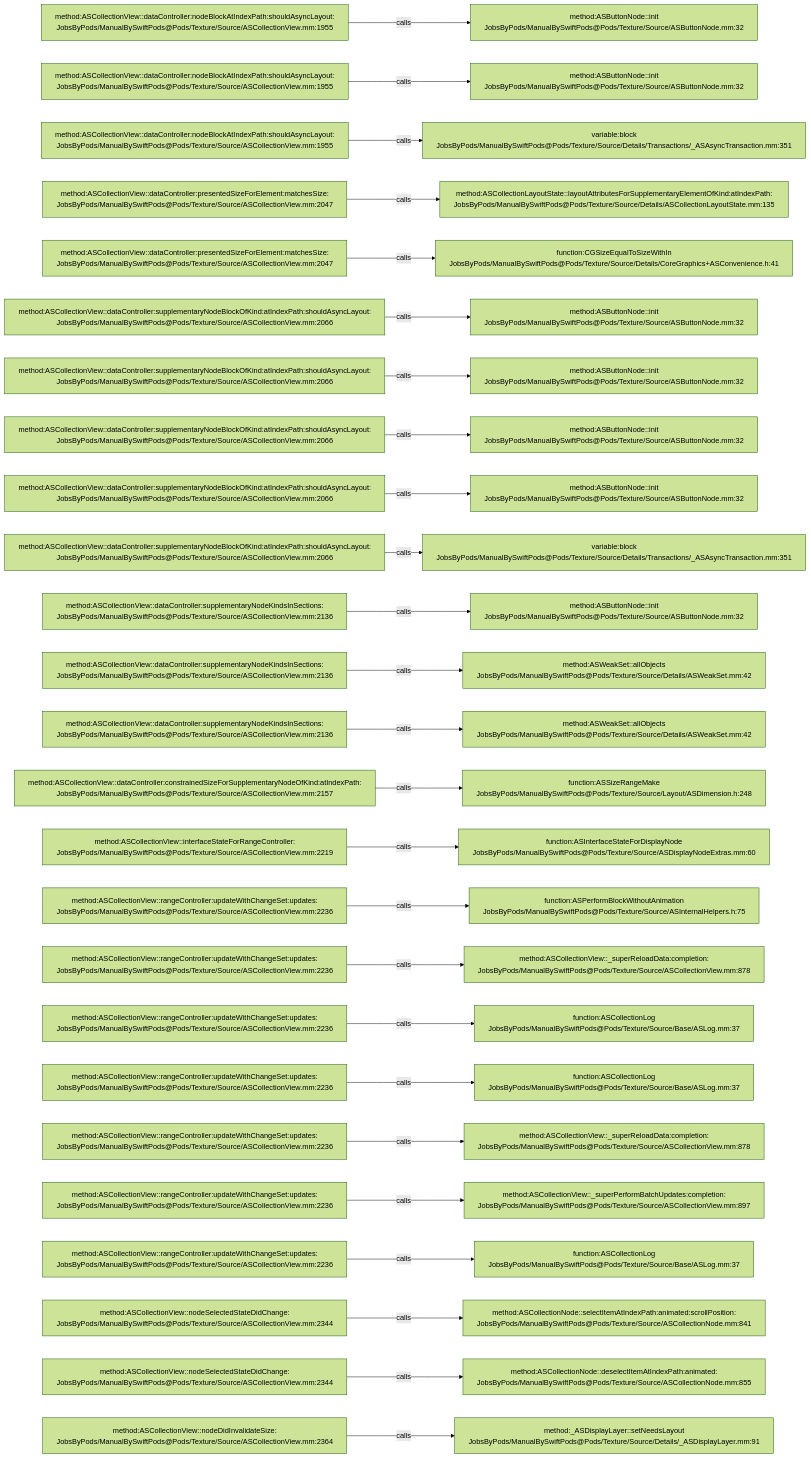
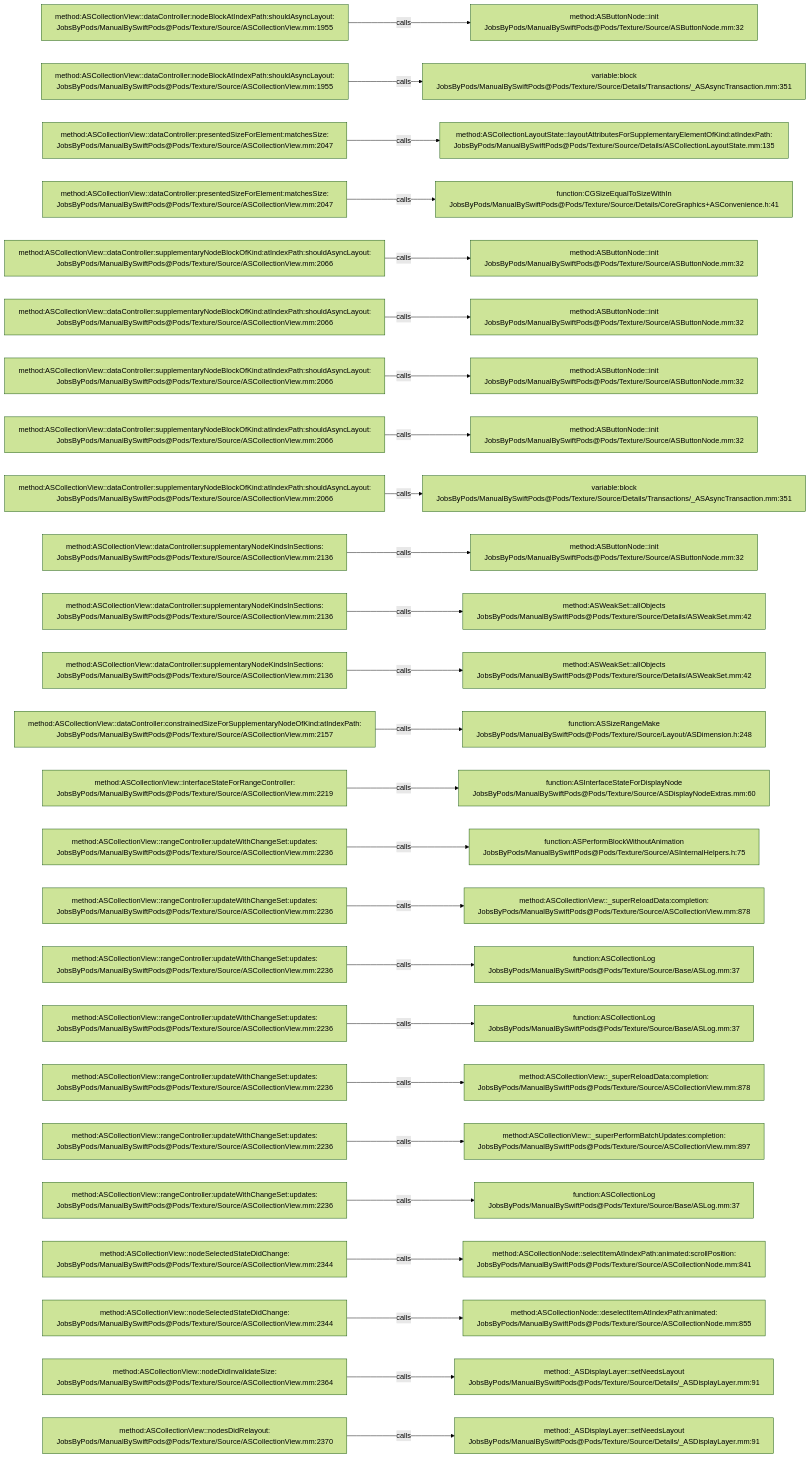
Before and after one commit to JobsKits/JobsSwiftBaseConfigDemo: the diagram in .codegraph/codegraph.md/graphs/calls-014.md, drawn with Mermaid (forest theme). The commit also changed 747 other files, not shown here.

````diff
--- a/.codegraph/codegraph.md/graphs/calls-014.md
+++ b/.codegraph/codegraph.md/graphs/calls-014.md
@@ -13,78 +13,78 @@
 ```mermaid
 flowchart LR
   S1["method:ASCollectionView::dataController:nodeBlockAtIndexPath:shouldAsyncLayout:<br/>JobsByPods/ManualBySwiftPods@Pods/Texture/Source/ASCollectionView.mm:1955"]
   T1["method:ASButtonNode::init<br/>JobsByPods/ManualBySwiftPods@Pods/Texture/Source/ASButtonNode.mm:32"]
   S1 -->|calls| T1
   S2["method:ASCollectionView::dataController:nodeBlockAtIndexPath:shouldAsyncLayout:<br/>JobsByPods/ManualBySwiftPods@Pods/Texture/Source/ASCollectionView.mm:1955"]
-  T2["method:ASButtonNode::init<br/>JobsByPods/ManualBySwiftPods@Pods/Texture/Source/ASButtonNode.mm:32"]
+  T2["variable:block<br/>JobsByPods/ManualBySwiftPods@Pods/Texture/Source/Details/Transactions/_ASAsyncTransaction.mm:351"]
   S2 -->|calls| T2
-  S3["method:ASCollectionView::dataController:nodeBlockAtIndexPath:shouldAsyncLayout:<br/>JobsByPods/ManualBySwiftPods@Pods/Texture/Source/ASCollectionView.mm:1955"]
-  T3["variable:block<br/>JobsByPods/ManualBySwiftPods@Pods/Texture/Source/Details/Transactions/_ASAsyncTransaction.mm:351"]
+  S3["method:ASCollectionView::dataController:presentedSizeForElement:matchesSize:<br/>JobsByPods/ManualBySwiftPods@Pods/Texture/Source/ASCollectionView.mm:2047"]
+  T3["method:ASCollectionLayoutState::layoutAttributesForSupplementaryElementOfKind:atIndexPath:<br/>JobsByPods/ManualBySwiftPods@Pods/Texture/Source/Details/ASCollectionLayoutState.mm:135"]
   S3 -->|calls| T3
   S4["method:ASCollectionView::dataController:presentedSizeForElement:matchesSize:<br/>JobsByPods/ManualBySwiftPods@Pods/Texture/Source/ASCollectionView.mm:2047"]
-  T4["method:ASCollectionLayoutState::layoutAttributesForSupplementaryElementOfKind:atIndexPath:<br/>JobsByPods/ManualBySwiftPods@Pods/Texture/Source/Details/ASCollectionLayoutState.mm:135"]
+  T4["function:CGSizeEqualToSizeWithIn<br/>JobsByPods/ManualBySwiftPods@Pods/Texture/Source/Details/CoreGraphics+ASConvenience.h:41"]
   S4 -->|calls| T4
-  S5["method:ASCollectionView::dataController:presentedSizeForElement:matchesSize:<br/>JobsByPods/ManualBySwiftPods@Pods/Texture/Source/ASCollectionView.mm:2047"]
-  T5["function:CGSizeEqualToSizeWithIn<br/>JobsByPods/ManualBySwiftPods@Pods/Texture/Source/Details/CoreGraphics+ASConvenience.h:41"]
+  S5["method:ASCollectionView::dataController:supplementaryNodeBlockOfKind:atIndexPath:shouldAsyncLayout:<br/>JobsByPods/ManualBySwiftPods@Pods/Texture/Source/ASCollectionView.mm:2066"]
+  T5["method:ASButtonNode::init<br/>JobsByPods/ManualBySwiftPods@Pods/Texture/Source/ASButtonNode.mm:32"]
   S5 -->|calls| T5
   S6["method:ASCollectionView::dataController:supplementaryNodeBlockOfKind:atIndexPath:shouldAsyncLayout:<br/>JobsByPods/ManualBySwiftPods@Pods/Texture/Source/ASCollectionView.mm:2066"]
   T6["method:ASButtonNode::init<br/>JobsByPods/ManualBySwiftPods@Pods/Texture/Source/ASButtonNode.mm:32"]
   S6 -->|calls| T6
   S7["method:ASCollectionView::dataController:supplementaryNodeBlockOfKind:atIndexPath:shouldAsyncLayout:<br/>JobsByPods/ManualBySwiftPods@Pods/Texture/Source/ASCollectionView.mm:2066"]
   T7["method:ASButtonNode::init<br/>JobsByPods/ManualBySwiftPods@Pods/Texture/Source/ASButtonNode.mm:32"]
   S7 -->|calls| T7
   S8["method:ASCollectionView::dataController:supplementaryNodeBlockOfKind:atIndexPath:shouldAsyncLayout:<br/>JobsByPods/ManualBySwiftPods@Pods/Texture/Source/ASCollectionView.mm:2066"]
   T8["method:ASButtonNode::init<br/>JobsByPods/ManualBySwiftPods@Pods/Texture/Source/ASButtonNode.mm:32"]
   S8 -->|calls| T8
   S9["method:ASCollectionView::dataController:supplementaryNodeBlockOfKind:atIndexPath:shouldAsyncLayout:<br/>JobsByPods/ManualBySwiftPods@Pods/Texture/Source/ASCollectionView.mm:2066"]
-  T9["method:ASButtonNode::init<br/>JobsByPods/ManualBySwiftPods@Pods/Texture/Source/ASButtonNode.mm:32"]
+  T9["variable:block<br/>JobsByPods/ManualBySwiftPods@Pods/Texture/Source/Details/Transactions/_ASAsyncTransaction.mm:351"]
   S9 -->|calls| T9
-  S10["method:ASCollectionView::dataController:supplementaryNodeBlockOfKind:atIndexPath:shouldAsyncLayout:<br/>JobsByPods/ManualBySwiftPods@Pods/Texture/Source/ASCollectionView.mm:2066"]
-  T10["variable:block<br/>JobsByPods/ManualBySwiftPods@Pods/Texture/Source/Details/Transactions/_ASAsyncTransaction.mm:351"]
+  S10["method:ASCollectionView::dataController:supplementaryNodeKindsInSections:<br/>JobsByPods/ManualBySwiftPods@Pods/Texture/Source/ASCollectionView.mm:2136"]
+  T10["method:ASButtonNode::init<br/>JobsByPods/ManualBySwiftPods@Pods/Texture/Source/ASButtonNode.mm:32"]
   S10 -->|calls| T10
   S11["method:ASCollectionView::dataController:supplementaryNodeKindsInSections:<br/>JobsByPods/ManualBySwiftPods@Pods/Texture/Source/ASCollectionView.mm:2136"]
-  T11["method:ASButtonNode::init<br/>JobsByPods/ManualBySwiftPods@Pods/Texture/Source/ASButtonNode.mm:32"]
+  T11["method:ASWeakSet::allObjects<br/>JobsByPods/ManualBySwiftPods@Pods/Texture/Source/Details/ASWeakSet.mm:42"]
   S11 -->|calls| T11
   S12["method:ASCollectionView::dataController:supplementaryNodeKindsInSections:<br/>JobsByPods/ManualBySwiftPods@Pods/Texture/Source/ASCollectionView.mm:2136"]
   T12["method:ASWeakSet::allObjects<br/>JobsByPods/ManualBySwiftPods@Pods/Texture/Source/Details/ASWeakSet.mm:42"]
   S12 -->|calls| T12
-  S13["method:ASCollectionView::dataController:supplementaryNodeKindsInSections:<br/>JobsByPods/ManualBySwiftPods@Pods/Texture/Source/ASCollectionView.mm:2136"]
-  T13["method:ASWeakSet::allObjects<br/>JobsByPods/ManualBySwiftPods@Pods/Texture/Source/Details/ASWeakSet.mm:42"]
+  S13["method:ASCollectionView::dataController:constrainedSizeForSupplementaryNodeOfKind:atIndexPath:<br/>JobsByPods/ManualBySwiftPods@Pods/Texture/Source/ASCollectionView.mm:2157"]
+  T13["function:ASSizeRangeMake<br/>JobsByPods/ManualBySwiftPods@Pods/Texture/Source/Layout/ASDimension.h:248"]
   S13 -->|calls| T13
-  S14["method:ASCollectionView::dataController:constrainedSizeForSupplementaryNodeOfKind:atIndexPath:<br/>JobsByPods/ManualBySwiftPods@Pods/Texture/Source/ASCollectionView.mm:2157"]
-  T14["function:ASSizeRangeMake<br/>JobsByPods/ManualBySwiftPods@Pods/Texture/Source/Layout/ASDimension.h:248"]
+  S14["method:ASCollectionView::interfaceStateForRangeController:<br/>JobsByPods/ManualBySwiftPods@Pods/Texture/Source/ASCollectionView.mm:2219"]
+  T14["function:ASInterfaceStateForDisplayNode<br/>JobsByPods/ManualBySwiftPods@Pods/Texture/Source/ASDisplayNodeExtras.mm:60"]
   S14 -->|calls| T14
-  S15["method:ASCollectionView::interfaceStateForRangeController:<br/>JobsByPods/ManualBySwiftPods@Pods/Texture/Source/ASCollectionView.mm:2219"]
-  T15["function:ASInterfaceStateForDisplayNode<br/>JobsByPods/ManualBySwiftPods@Pods/Texture/Source/ASDisplayNodeExtras.mm:60"]
+  S15["method:ASCollectionView::rangeController:updateWithChangeSet:updates:<br/>JobsByPods/ManualBySwiftPods@Pods/Texture/Source/ASCollectionView.mm:2236"]
+  T15["function:ASPerformBlockWithoutAnimation<br/>JobsByPods/ManualBySwiftPods@Pods/Texture/Source/ASInternalHelpers.h:75"]
   S15 -->|calls| T15
   S16["method:ASCollectionView::rangeController:updateWithChangeSet:updates:<br/>JobsByPods/ManualBySwiftPods@Pods/Texture/Source/ASCollectionView.mm:2236"]
-  T16["function:ASPerformBlockWithoutAnimation<br/>JobsByPods/ManualBySwiftPods@Pods/Texture/Source/ASInternalHelpers.h:75"]
+  T16["method:ASCollectionView::_superReloadData:completion:<br/>JobsByPods/ManualBySwiftPods@Pods/Texture/Source/ASCollectionView.mm:878"]
   S16 -->|calls| T16
   S17["method:ASCollectionView::rangeController:updateWithChangeSet:updates:<br/>JobsByPods/ManualBySwiftPods@Pods/Texture/Source/ASCollectionView.mm:2236"]
-  T17["method:ASCollectionView::_superReloadData:completion:<br/>JobsByPods/ManualBySwiftPods@Pods/Texture/Source/ASCollectionView.mm:878"]
+  T17["function:ASCollectionLog<br/>JobsByPods/ManualBySwiftPods@Pods/Texture/Source/Base/ASLog.mm:37"]
   S17 -->|calls| T17
   S18["method:ASCollectionView::rangeController:updateWithChangeSet:updates:<br/>JobsByPods/ManualBySwiftPods@Pods/Texture/Source/ASCollectionView.mm:2236"]
   T18["function:ASCollectionLog<br/>JobsByPods/ManualBySwiftPods@Pods/Texture/Source/Base/ASLog.mm:37"]
   S18 -->|calls| T18
   S19["method:ASCollectionView::rangeController:updateWithChangeSet:updates:<br/>JobsByPods/ManualBySwiftPods@Pods/Texture/Source/ASCollectionView.mm:2236"]
-  T19["function:ASCollectionLog<br/>JobsByPods/ManualBySwiftPods@Pods/Texture/Source/Base/ASLog.mm:37"]
+  T19["method:ASCollectionView::_superReloadData:completion:<br/>JobsByPods/ManualBySwiftPods@Pods/Texture/Source/ASCollectionView.mm:878"]
   S19 -->|calls| T19
   S20["method:ASCollectionView::rangeController:updateWithChangeSet:updates:<br/>JobsByPods/ManualBySwiftPods@Pods/Texture/Source/ASCollectionView.mm:2236"]
-  T20["method:ASCollectionView::_superReloadData:completion:<br/>JobsByPods/ManualBySwiftPods@Pods/Texture/Source/ASCollectionView.mm:878"]
+  T20["method:ASCollectionView::_superPerformBatchUpdates:completion:<br/>JobsByPods/ManualBySwiftPods@Pods/Texture/Source/ASCollectionView.mm:897"]
   S20 -->|calls| T20
   S21["method:ASCollectionView::rangeController:updateWithChangeSet:updates:<br/>JobsByPods/ManualBySwiftPods@Pods/Texture/Source/ASCollectionView.mm:2236"]
-  T21["method:ASCollectionView::_superPerformBatchUpdates:completion:<br/>JobsByPods/ManualBySwiftPods@Pods/Texture/Source/ASCollectionView.mm:897"]
+  T21["function:ASCollectionLog<br/>JobsByPods/ManualBySwiftPods@Pods/Texture/Source/Base/ASLog.mm:37"]
   S21 -->|calls| T21
-  S22["method:ASCollectionView::rangeController:updateWithChangeSet:updates:<br/>JobsByPods/ManualBySwiftPods@Pods/Texture/Source/ASCollectionView.mm:2236"]
-  T22["function:ASCollectionLog<br/>JobsByPods/ManualBySwiftPods@Pods/Texture/Source/Base/ASLog.mm:37"]
+  S22["method:ASCollectionView::nodeSelectedStateDidChange:<br/>JobsByPods/ManualBySwiftPods@Pods/Texture/Source/ASCollectionView.mm:2344"]
+  T22["method:ASCollectionNode::selectItemAtIndexPath:animated:scrollPosition:<br/>JobsByPods/ManualBySwiftPods@Pods/Texture/Source/ASCollectionNode.mm:841"]
   S22 -->|calls| T22
   S23["method:ASCollectionView::nodeSelectedStateDidChange:<br/>JobsByPods/ManualBySwiftPods@Pods/Texture/Source/ASCollectionView.mm:2344"]
-  T23["method:ASCollectionNode::selectItemAtIndexPath:animated:scrollPosition:<br/>JobsByPods/ManualBySwiftPods@Pods/Texture/Source/ASCollectionNode.mm:841"]
+  T23["method:ASCollectionNode::deselectItemAtIndexPath:animated:<br/>JobsByPods/ManualBySwiftPods@Pods/Texture/Source/ASCollectionNode.mm:855"]
   S23 -->|calls| T23
-  S24["method:ASCollectionView::nodeSelectedStateDidChange:<br/>JobsByPods/ManualBySwiftPods@Pods/Texture/Source/ASCollectionView.mm:2344"]
-  T24["method:ASCollectionNode::deselectItemAtIndexPath:animated:<br/>JobsByPods/ManualBySwiftPods@Pods/Texture/Source/ASCollectionNode.mm:855"]
+  S24["method:ASCollectionView::nodeDidInvalidateSize:<br/>JobsByPods/ManualBySwiftPods@Pods/Texture/Source/ASCollectionView.mm:2364"]
+  T24["method:_ASDisplayLayer::setNeedsLayout<br/>JobsByPods/ManualBySwiftPods@Pods/Texture/Source/Details/_ASDisplayLayer.mm:91"]
   S24 -->|calls| T24
-  S25["method:ASCollectionView::nodeDidInvalidateSize:<br/>JobsByPods/ManualBySwiftPods@Pods/Texture/Source/ASCollectionView.mm:2364"]
+  S25["method:ASCollectionView::nodesDidRelayout:<br/>JobsByPods/ManualBySwiftPods@Pods/Texture/Source/ASCollectionView.mm:2370"]
   T25["method:_ASDisplayLayer::setNeedsLayout<br/>JobsByPods/ManualBySwiftPods@Pods/Texture/Source/Details/_ASDisplayLayer.mm:91"]
   S25 -->|calls| T25
 ```
````
